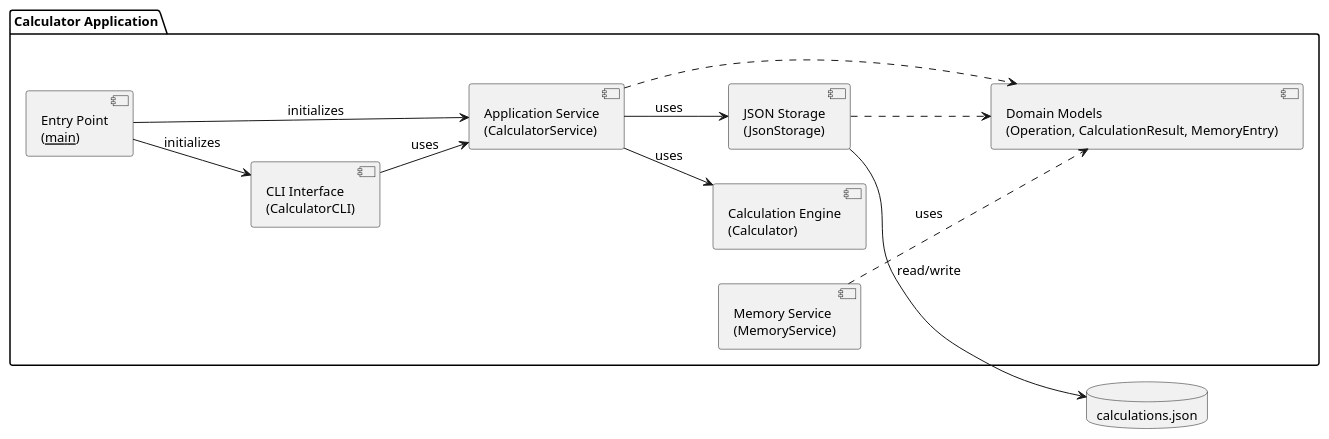
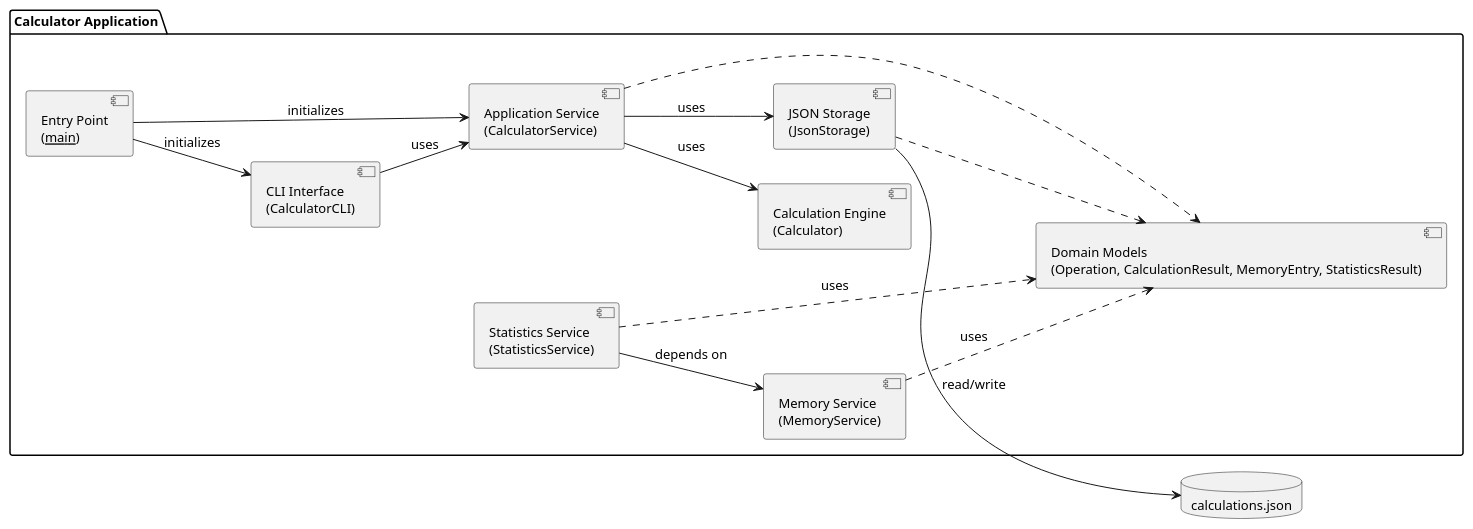
The diagram in experiments/pipeline/test_driven/calculator/artifacts/component_diagram.puml (DanielRiha8906/Software_autoevolution_using_agents), drawn with PlantUML before and after one commit. The commit also changed 8 other files, not shown here.

First line of the commit message:
task 06 | pipeline / test_driven / calculator - StatisticsService

```diff
--- a/experiments/pipeline/test_driven/calculator/artifacts/component_diagram.puml
+++ b/experiments/pipeline/test_driven/calculator/artifacts/component_diagram.puml
@@ -1,33 +1,36 @@
 @startuml component_diagram
 
 skinparam componentStyle uml2
 skinparam defaultFontSize 13
 left to right direction
 
 package "Calculator Application" {
 
     component "Entry Point\n(__main__)" as Main
     component "CLI Interface\n(CalculatorCLI)" as CLI
     component "Application Service\n(CalculatorService)" as Service
     component "Memory Service\n(MemoryService)" as Memory
+    component "Statistics Service\n(StatisticsService)" as Statistics
     component "Calculation Engine\n(Calculator)" as Calc
     component "JSON Storage\n(JsonStorage)" as Store
-    component "Domain Models\n(Operation, CalculationResult, MemoryEntry)" as Models
+    component "Domain Models\n(Operation, CalculationResult, MemoryEntry, StatisticsResult)" as Models
 
     Main --> CLI : initializes
     Main --> Service : initializes
 
     CLI --> Service : uses
     Service --> Calc : uses
     Service --> Store : uses
     Memory ..> Models : uses
+    Statistics --> Memory : depends on
+    Statistics ..> Models : uses
 
     Service ..> Models
     Store ..> Models
 }
 
 database "calculations.json" as DB
 
 Store --> DB : read/write
 
 @enduml
```
